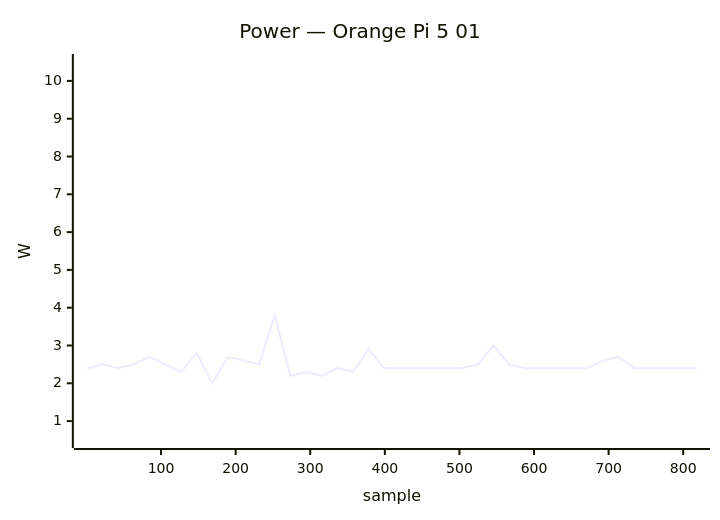
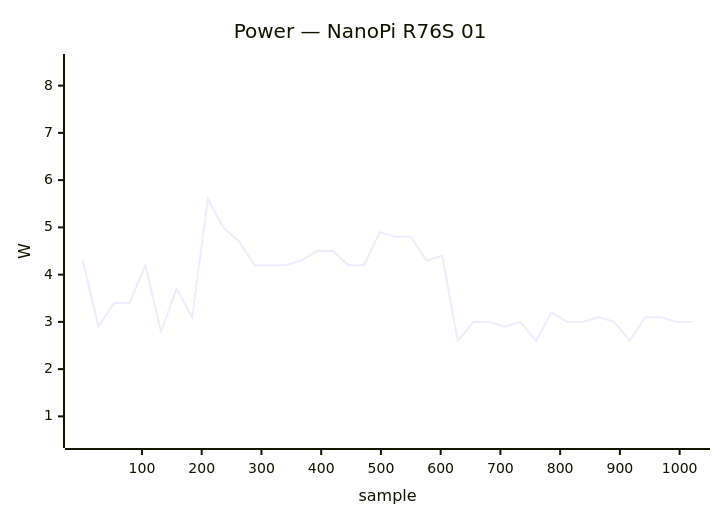
Before and after one commit to armbian/documentation: the fifth of 40 diagrams in docs/status/board-tests.md, drawn with Mermaid. The commit also changed other lines of this file, not shown here.

````diff
--- a/docs/status/board-tests.md
+++ b/docs/status/board-tests.md
@@ -107,7 +167,7 @@
 ```mermaid
 xychart-beta
-    title "Power — Orange Pi 5 01"
-    x-axis "sample" 1 --> 818
-    y-axis "W" 0.5 --> 10.5
-    line [2.4, 2.5, 2.4, 2.5, 2.7, 2.5, 2.3, 2.8, 2.0, 2.7, 2.6, 2.5, 3.8, 2.2, 2.3, 2.2, 2.4, 2.3, 2.9, 2.4, 2.4, 2.4, 2.4, 2.4, 2.4, 2.5, 3.0, 2.5, 2.4, 2.4, 2.4, 2.4, 2.4, 2.6, 2.7, 2.4, 2.4, 2.4, 2.4, 2.4]
+    title "Power — NanoPi R76S 01"
+    x-axis "sample" 1 --> 1021
+    y-axis "W" 0.5 --> 8.5
+    line [4.3, 2.9, 3.4, 3.4, 4.2, 2.8, 3.7, 3.1, 5.6, 5.0, 4.7, 4.2, 4.2, 4.2, 4.3, 4.5, 4.5, 4.2, 4.2, 4.9, 4.8, 4.8, 4.3, 4.4, 2.6, 3.0, 3.0, 2.9, 3.0, 2.6, 3.2, 3.0, 3.0, 3.1, 3.0, 2.6, 3.1, 3.1, 3.0, 3.0]
 ```
````
